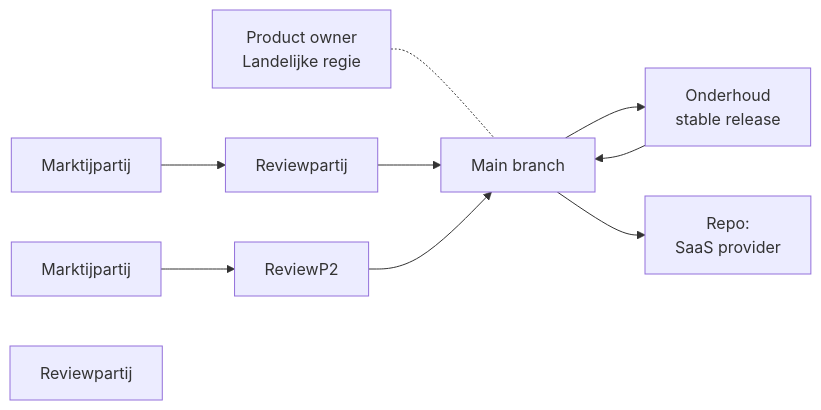
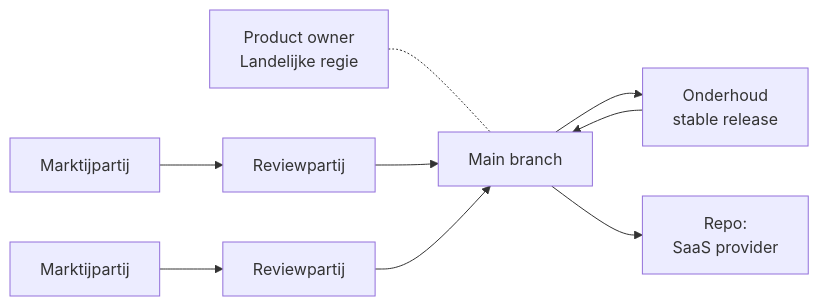
Before and after one commit to open-zaak/samenwerken: the third of 3 diagrams in stappen-openzaak/openzaak-ecosysteem.md, drawn with Mermaid.

Commit message:
fixes bug in mermaid

````diff
--- a/stappen-openzaak/openzaak-ecosysteem.md
+++ b/stappen-openzaak/openzaak-ecosysteem.md
@@ -54,22 +54,22 @@
 ```mermaid
 graph LR
     %% Nodes
     Dev1["Marktijpartij"]
     ReviewP1["Reviewpartij"]
     Dev2["Marktijpartij"]
     Review2["Reviewpartij"]
     Upstream["Main branch"]
     PO["Product owner<br/>Landelijke regie"]
     SaaS["Repo:<br/>SaaS provider"]
     Maint["Onderhoud<br/>stable release"]
 
     %% Connections
     PO -.- Upstream
     Dev1 --> ReviewP1
     ReviewP1 --> Upstream
-    Dev2 --> ReviewP2
-    ReviewP2 --> Upstream
+    Dev2 --> Review2
+    Review2 --> Upstream
     Upstream --> Maint
     Maint --> Upstream
     Upstream --> SaaS
 ```
````
